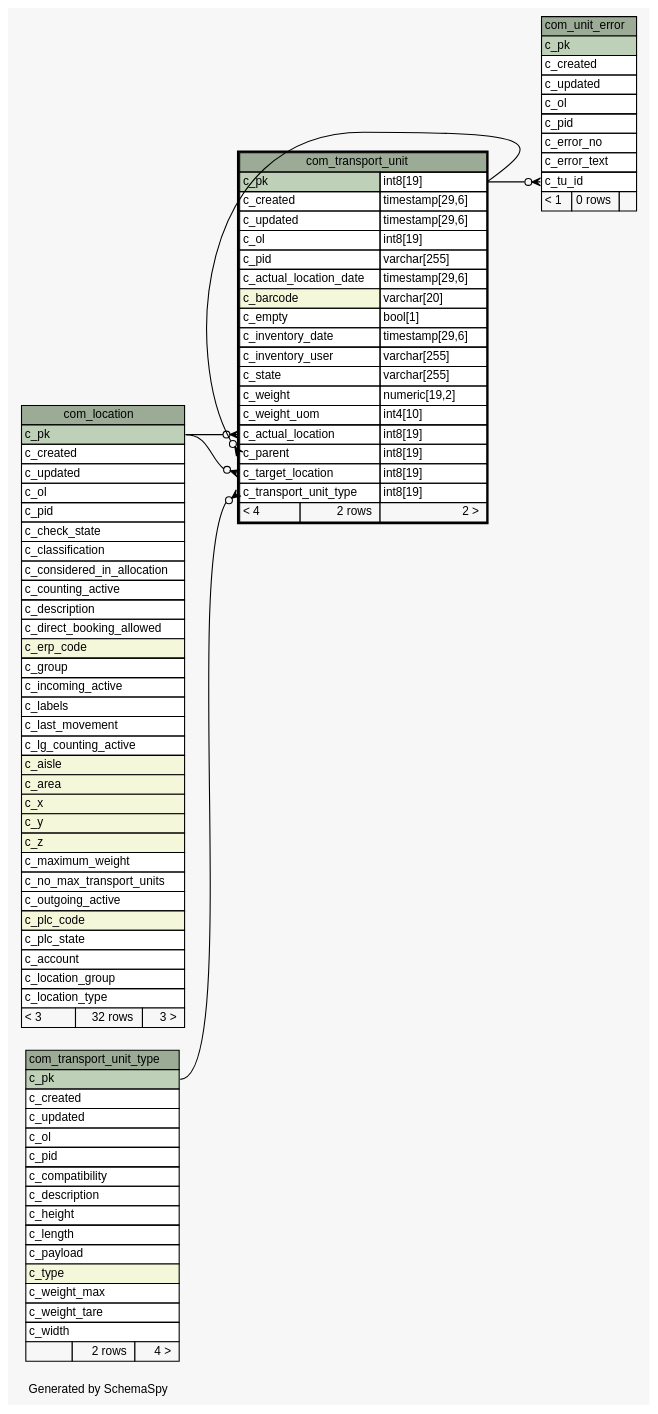
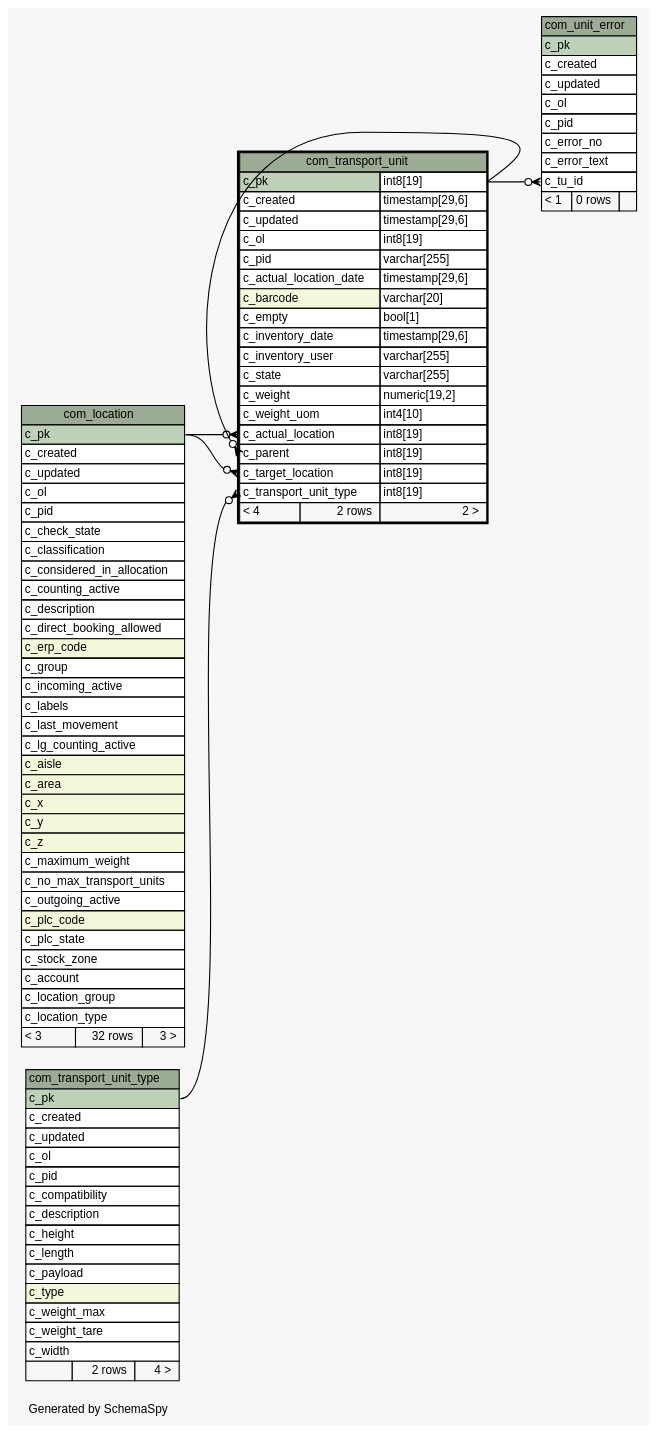
Before and after one commit to openwms/org.openwms.common.service.lib: the diagram in 1.7.0-SNAPSHOT/schemaspy/diagrams/com_transport_unit.1degree.dot, drawn with Graphviz. The commit also changed 440 other files, not shown here.

```diff
--- a/1.7.0-SNAPSHOT/schemaspy/diagrams/com_transport_unit.1degree.dot
+++ b/1.7.0-SNAPSHOT/schemaspy/diagrams/com_transport_unit.1degree.dot
@@ -1,132 +1,133 @@
 // dot 2.38.0 on Linux 4.15.0-1077-gcp
 // SchemaSpy rev Unknown
 digraph "oneDegreeRelationshipsDiagram" {
   graph [
     rankdir="RL"
     bgcolor="#f7f7f7"
     label="\nGenerated by SchemaSpy"
     labeljust="l"
     nodesep="0.18"
     ranksep="0.46"
     fontname="Helvetica"
     fontsize="11"
   ];
   node [
     fontname="Helvetica"
     fontsize="11"
     shape="plaintext"
   ];
   edge [
     arrowsize="0.8"
   ];
   "com_transport_unit":"c_actual_location":w -> "com_location":"c_pk":e [arrowhead=none dir=back arrowtail=crowodot];
   "com_transport_unit":"c_parent":w -> "com_transport_unit":"c_pk.type":e [arrowhead=none dir=back arrowtail=crowodot];
   "com_transport_unit":"c_target_location":w -> "com_location":"c_pk":e [arrowhead=none dir=back arrowtail=crowodot];
   "com_transport_unit":"c_transport_unit_type":w -> "com_transport_unit_type":"c_pk":e [arrowhead=none dir=back arrowtail=crowodot];
   "com_unit_error":"c_tu_id":w -> "com_transport_unit":"c_pk.type":e [arrowhead=none dir=back arrowtail=crowodot];
   "com_location" [
     label=<
     <TABLE BORDER="0" CELLBORDER="1" CELLSPACING="0" BGCOLOR="#ffffff">
       <TR><TD COLSPAN="3" BGCOLOR="#9bab96" ALIGN="CENTER">com_location</TD></TR>
       <TR><TD PORT="c_pk" COLSPAN="3" BGCOLOR="#bed1b8" ALIGN="LEFT">c_pk</TD></TR>
       <TR><TD PORT="c_created" COLSPAN="3" ALIGN="LEFT">c_created</TD></TR>
       <TR><TD PORT="c_updated" COLSPAN="3" ALIGN="LEFT">c_updated</TD></TR>
       <TR><TD PORT="c_ol" COLSPAN="3" ALIGN="LEFT">c_ol</TD></TR>
       <TR><TD PORT="c_pid" COLSPAN="3" ALIGN="LEFT">c_pid</TD></TR>
       <TR><TD PORT="c_check_state" COLSPAN="3" ALIGN="LEFT">c_check_state</TD></TR>
       <TR><TD PORT="c_classification" COLSPAN="3" ALIGN="LEFT">c_classification</TD></TR>
       <TR><TD PORT="c_considered_in_allocation" COLSPAN="3" ALIGN="LEFT">c_considered_in_allocation</TD></TR>
       <TR><TD PORT="c_counting_active" COLSPAN="3" ALIGN="LEFT">c_counting_active</TD></TR>
       <TR><TD PORT="c_description" COLSPAN="3" ALIGN="LEFT">c_description</TD></TR>
       <TR><TD PORT="c_direct_booking_allowed" COLSPAN="3" ALIGN="LEFT">c_direct_booking_allowed</TD></TR>
       <TR><TD PORT="c_erp_code" COLSPAN="3" BGCOLOR="#f4f7da" ALIGN="LEFT">c_erp_code</TD></TR>
       <TR><TD PORT="c_group" COLSPAN="3" ALIGN="LEFT">c_group</TD></TR>
       <TR><TD PORT="c_incoming_active" COLSPAN="3" ALIGN="LEFT">c_incoming_active</TD></TR>
       <TR><TD PORT="c_labels" COLSPAN="3" ALIGN="LEFT">c_labels</TD></TR>
       <TR><TD PORT="c_last_movement" COLSPAN="3" ALIGN="LEFT">c_last_movement</TD></TR>
       <TR><TD PORT="c_lg_counting_active" COLSPAN="3" ALIGN="LEFT">c_lg_counting_active</TD></TR>
       <TR><TD PORT="c_aisle" COLSPAN="3" BGCOLOR="#f4f7da" ALIGN="LEFT">c_aisle</TD></TR>
       <TR><TD PORT="c_area" COLSPAN="3" BGCOLOR="#f4f7da" ALIGN="LEFT">c_area</TD></TR>
       <TR><TD PORT="c_x" COLSPAN="3" BGCOLOR="#f4f7da" ALIGN="LEFT">c_x</TD></TR>
       <TR><TD PORT="c_y" COLSPAN="3" BGCOLOR="#f4f7da" ALIGN="LEFT">c_y</TD></TR>
       <TR><TD PORT="c_z" COLSPAN="3" BGCOLOR="#f4f7da" ALIGN="LEFT">c_z</TD></TR>
       <TR><TD PORT="c_maximum_weight" COLSPAN="3" ALIGN="LEFT">c_maximum_weight</TD></TR>
       <TR><TD PORT="c_no_max_transport_units" COLSPAN="3" ALIGN="LEFT">c_no_max_transport_units</TD></TR>
       <TR><TD PORT="c_outgoing_active" COLSPAN="3" ALIGN="LEFT">c_outgoing_active</TD></TR>
       <TR><TD PORT="c_plc_code" COLSPAN="3" BGCOLOR="#f4f7da" ALIGN="LEFT">c_plc_code</TD></TR>
       <TR><TD PORT="c_plc_state" COLSPAN="3" ALIGN="LEFT">c_plc_state</TD></TR>
+      <TR><TD PORT="c_stock_zone" COLSPAN="3" ALIGN="LEFT">c_stock_zone</TD></TR>
       <TR><TD PORT="c_account" COLSPAN="3" ALIGN="LEFT">c_account</TD></TR>
       <TR><TD PORT="c_location_group" COLSPAN="3" ALIGN="LEFT">c_location_group</TD></TR>
       <TR><TD PORT="c_location_type" COLSPAN="3" ALIGN="LEFT">c_location_type</TD></TR>
       <TR><TD ALIGN="LEFT" BGCOLOR="#f7f7f7">&lt; 3</TD><TD ALIGN="RIGHT" BGCOLOR="#f7f7f7">32 rows</TD><TD ALIGN="RIGHT" BGCOLOR="#f7f7f7">3 &gt;</TD></TR>
     </TABLE>>
     URL="com_location.html"
     tooltip="com_location"
   ];
   "com_transport_unit" [
     label=<
     <TABLE BORDER="2" CELLBORDER="1" CELLSPACING="0" BGCOLOR="#ffffff">
       <TR><TD COLSPAN="3" BGCOLOR="#9bab96" ALIGN="CENTER">com_transport_unit</TD></TR>
       <TR><TD PORT="c_pk" COLSPAN="2" BGCOLOR="#bed1b8" ALIGN="LEFT">c_pk</TD><TD PORT="c_pk.type" ALIGN="LEFT">int8[19]</TD></TR>
       <TR><TD PORT="c_created" COLSPAN="2" ALIGN="LEFT">c_created</TD><TD PORT="c_created.type" ALIGN="LEFT">timestamp[29,6]</TD></TR>
       <TR><TD PORT="c_updated" COLSPAN="2" ALIGN="LEFT">c_updated</TD><TD PORT="c_updated.type" ALIGN="LEFT">timestamp[29,6]</TD></TR>
       <TR><TD PORT="c_ol" COLSPAN="2" ALIGN="LEFT">c_ol</TD><TD PORT="c_ol.type" ALIGN="LEFT">int8[19]</TD></TR>
       <TR><TD PORT="c_pid" COLSPAN="2" ALIGN="LEFT">c_pid</TD><TD PORT="c_pid.type" ALIGN="LEFT">varchar[255]</TD></TR>
       <TR><TD PORT="c_actual_location_date" COLSPAN="2" ALIGN="LEFT">c_actual_location_date</TD><TD PORT="c_actual_location_date.type" ALIGN="LEFT">timestamp[29,6]</TD></TR>
       <TR><TD PORT="c_barcode" COLSPAN="2" BGCOLOR="#f4f7da" ALIGN="LEFT">c_barcode</TD><TD PORT="c_barcode.type" ALIGN="LEFT">varchar[20]</TD></TR>
       <TR><TD PORT="c_empty" COLSPAN="2" ALIGN="LEFT">c_empty</TD><TD PORT="c_empty.type" ALIGN="LEFT">bool[1]</TD></TR>
       <TR><TD PORT="c_inventory_date" COLSPAN="2" ALIGN="LEFT">c_inventory_date</TD><TD PORT="c_inventory_date.type" ALIGN="LEFT">timestamp[29,6]</TD></TR>
       <TR><TD PORT="c_inventory_user" COLSPAN="2" ALIGN="LEFT">c_inventory_user</TD><TD PORT="c_inventory_user.type" ALIGN="LEFT">varchar[255]</TD></TR>
       <TR><TD PORT="c_state" COLSPAN="2" ALIGN="LEFT">c_state</TD><TD PORT="c_state.type" ALIGN="LEFT">varchar[255]</TD></TR>
       <TR><TD PORT="c_weight" COLSPAN="2" ALIGN="LEFT">c_weight</TD><TD PORT="c_weight.type" ALIGN="LEFT">numeric[19,2]</TD></TR>
       <TR><TD PORT="c_weight_uom" COLSPAN="2" ALIGN="LEFT">c_weight_uom</TD><TD PORT="c_weight_uom.type" ALIGN="LEFT">int4[10]</TD></TR>
       <TR><TD PORT="c_actual_location" COLSPAN="2" ALIGN="LEFT">c_actual_location</TD><TD PORT="c_actual_location.type" ALIGN="LEFT">int8[19]</TD></TR>
       <TR><TD PORT="c_parent" COLSPAN="2" ALIGN="LEFT">c_parent</TD><TD PORT="c_parent.type" ALIGN="LEFT">int8[19]</TD></TR>
       <TR><TD PORT="c_target_location" COLSPAN="2" ALIGN="LEFT">c_target_location</TD><TD PORT="c_target_location.type" ALIGN="LEFT">int8[19]</TD></TR>
       <TR><TD PORT="c_transport_unit_type" COLSPAN="2" ALIGN="LEFT">c_transport_unit_type</TD><TD PORT="c_transport_unit_type.type" ALIGN="LEFT">int8[19]</TD></TR>
       <TR><TD ALIGN="LEFT" BGCOLOR="#f7f7f7">&lt; 4</TD><TD ALIGN="RIGHT" BGCOLOR="#f7f7f7">2 rows</TD><TD ALIGN="RIGHT" BGCOLOR="#f7f7f7">2 &gt;</TD></TR>
     </TABLE>>
     URL="com_transport_unit.html"
     tooltip="com_transport_unit"
   ];
   "com_transport_unit_type" [
     label=<
     <TABLE BORDER="0" CELLBORDER="1" CELLSPACING="0" BGCOLOR="#ffffff">
       <TR><TD COLSPAN="3" BGCOLOR="#9bab96" ALIGN="CENTER">com_transport_unit_type</TD></TR>
       <TR><TD PORT="c_pk" COLSPAN="3" BGCOLOR="#bed1b8" ALIGN="LEFT">c_pk</TD></TR>
       <TR><TD PORT="c_created" COLSPAN="3" ALIGN="LEFT">c_created</TD></TR>
       <TR><TD PORT="c_updated" COLSPAN="3" ALIGN="LEFT">c_updated</TD></TR>
       <TR><TD PORT="c_ol" COLSPAN="3" ALIGN="LEFT">c_ol</TD></TR>
       <TR><TD PORT="c_pid" COLSPAN="3" ALIGN="LEFT">c_pid</TD></TR>
       <TR><TD PORT="c_compatibility" COLSPAN="3" ALIGN="LEFT">c_compatibility</TD></TR>
       <TR><TD PORT="c_description" COLSPAN="3" ALIGN="LEFT">c_description</TD></TR>
       <TR><TD PORT="c_height" COLSPAN="3" ALIGN="LEFT">c_height</TD></TR>
       <TR><TD PORT="c_length" COLSPAN="3" ALIGN="LEFT">c_length</TD></TR>
       <TR><TD PORT="c_payload" COLSPAN="3" ALIGN="LEFT">c_payload</TD></TR>
       <TR><TD PORT="c_type" COLSPAN="3" BGCOLOR="#f4f7da" ALIGN="LEFT">c_type</TD></TR>
       <TR><TD PORT="c_weight_max" COLSPAN="3" ALIGN="LEFT">c_weight_max</TD></TR>
       <TR><TD PORT="c_weight_tare" COLSPAN="3" ALIGN="LEFT">c_weight_tare</TD></TR>
       <TR><TD PORT="c_width" COLSPAN="3" ALIGN="LEFT">c_width</TD></TR>
       <TR><TD ALIGN="LEFT" BGCOLOR="#f7f7f7">  </TD><TD ALIGN="RIGHT" BGCOLOR="#f7f7f7">2 rows</TD><TD ALIGN="RIGHT" BGCOLOR="#f7f7f7">4 &gt;</TD></TR>
     </TABLE>>
     URL="com_transport_unit_type.html"
     tooltip="com_transport_unit_type"
   ];
   "com_unit_error" [
     label=<
     <TABLE BORDER="0" CELLBORDER="1" CELLSPACING="0" BGCOLOR="#ffffff">
       <TR><TD COLSPAN="3" BGCOLOR="#9bab96" ALIGN="CENTER">com_unit_error</TD></TR>
       <TR><TD PORT="c_pk" COLSPAN="3" BGCOLOR="#bed1b8" ALIGN="LEFT">c_pk</TD></TR>
       <TR><TD PORT="c_created" COLSPAN="3" ALIGN="LEFT">c_created</TD></TR>
       <TR><TD PORT="c_updated" COLSPAN="3" ALIGN="LEFT">c_updated</TD></TR>
       <TR><TD PORT="c_ol" COLSPAN="3" ALIGN="LEFT">c_ol</TD></TR>
       <TR><TD PORT="c_pid" COLSPAN="3" ALIGN="LEFT">c_pid</TD></TR>
       <TR><TD PORT="c_error_no" COLSPAN="3" ALIGN="LEFT">c_error_no</TD></TR>
       <TR><TD PORT="c_error_text" COLSPAN="3" ALIGN="LEFT">c_error_text</TD></TR>
       <TR><TD PORT="c_tu_id" COLSPAN="3" ALIGN="LEFT">c_tu_id</TD></TR>
       <TR><TD ALIGN="LEFT" BGCOLOR="#f7f7f7">&lt; 1</TD><TD ALIGN="RIGHT" BGCOLOR="#f7f7f7">0 rows</TD><TD ALIGN="RIGHT" BGCOLOR="#f7f7f7">  </TD></TR>
     </TABLE>>
     URL="com_unit_error.html"
     tooltip="com_unit_error"
   ];
 }
```
